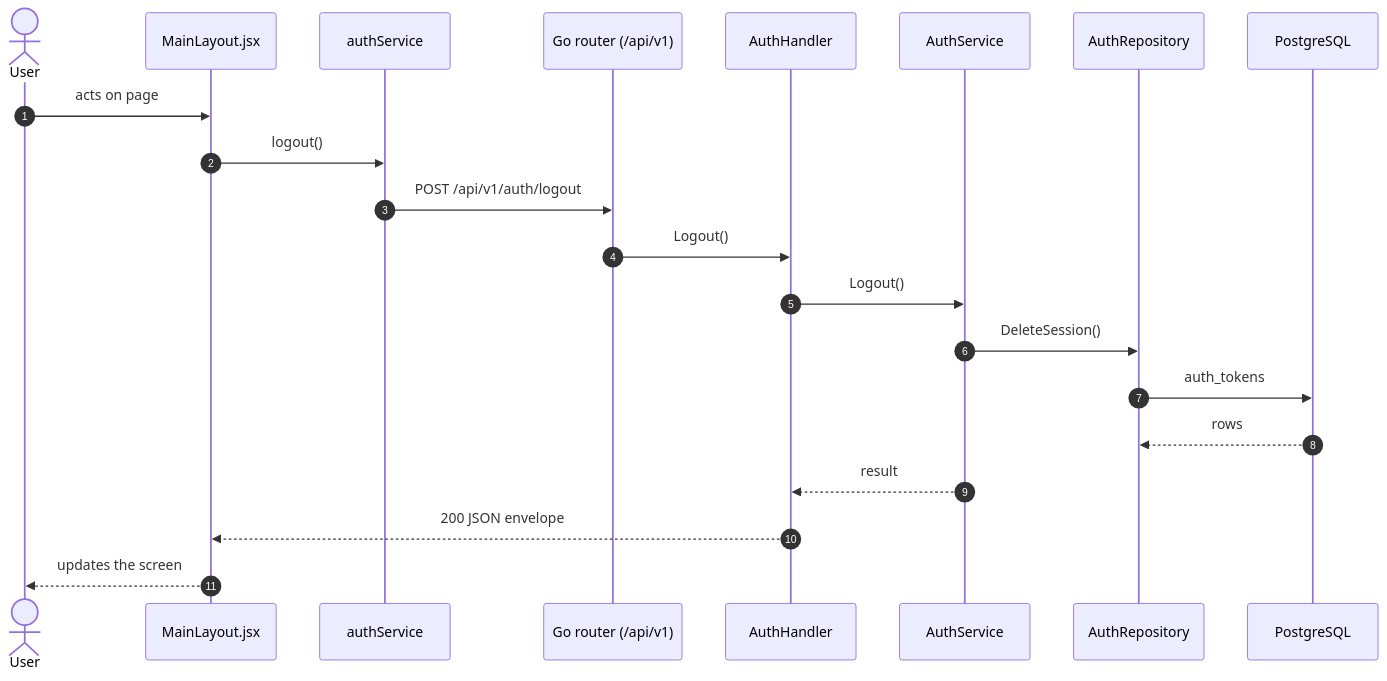
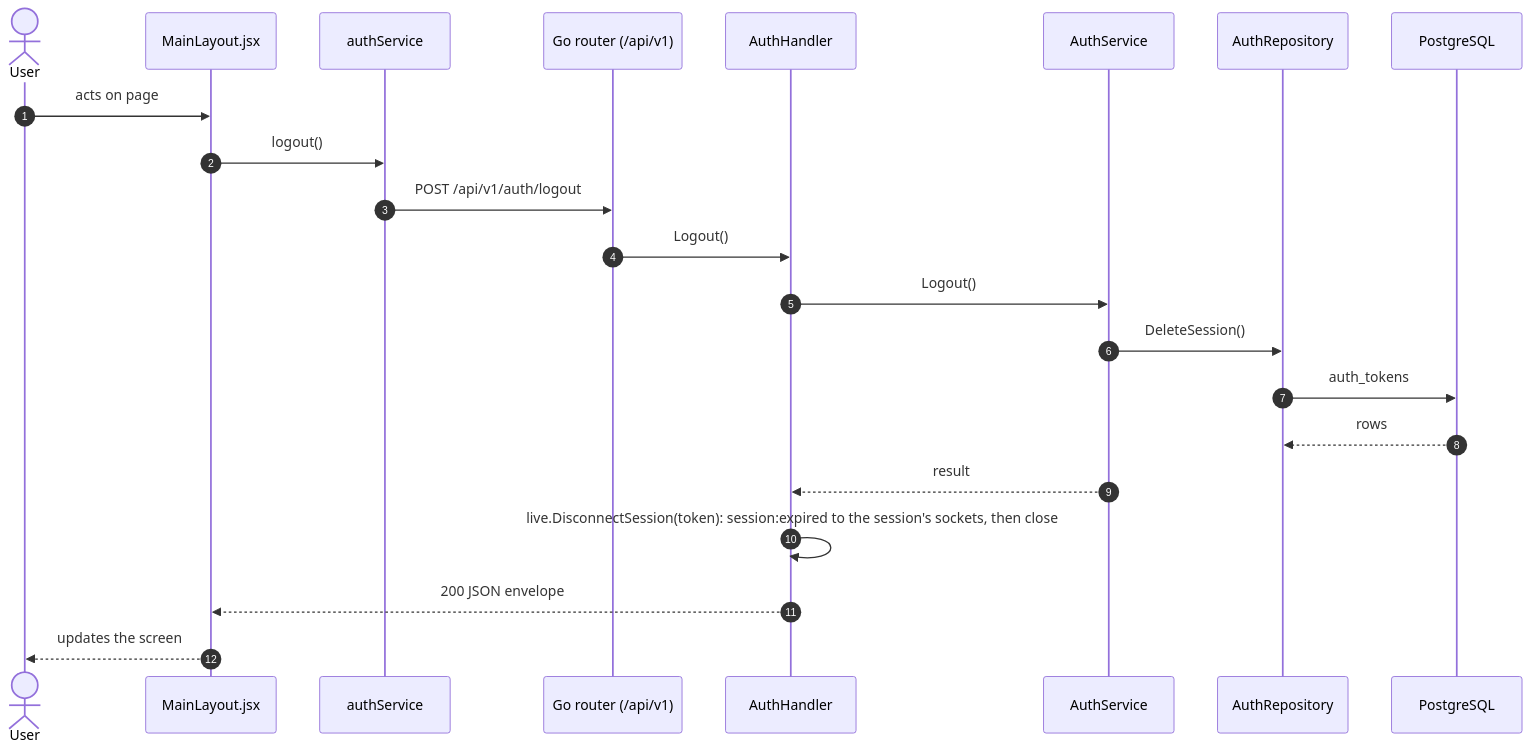
Before and after one commit to hirenenliven/7th-sense-client: the third of 3 diagrams in docs/pages/app-shell.md, drawn with Mermaid. The commit also changed other lines of this file and 143 other files, not shown here.

````diff
--- a/docs/pages/app-shell.md
+++ b/docs/pages/app-shell.md
@@ -97,23 +97,24 @@
 ```mermaid
 sequenceDiagram
   autonumber
   actor User
   participant Page as MainLayout.jsx
   participant authService
   participant API as Go router (/api/v1)
   participant AuthHandler
   participant AuthService
   participant AuthRepository
   participant DB as PostgreSQL
   User->>Page: acts on page
   Page->>authService: logout()
   authService->>API: POST /api/v1/auth/logout
   API->>AuthHandler: Logout()
   AuthHandler->>AuthService: Logout()
   AuthService->>AuthRepository: DeleteSession()
   AuthRepository->>DB: auth_tokens
   DB-->>AuthRepository: rows
   AuthService-->>AuthHandler: result
+  AuthHandler->>AuthHandler: live.DisconnectSession(token): session:expired to the session's sockets, then close
   AuthHandler-->>Page: 200 JSON envelope
   Page-->>User: updates the screen
 ```
````
